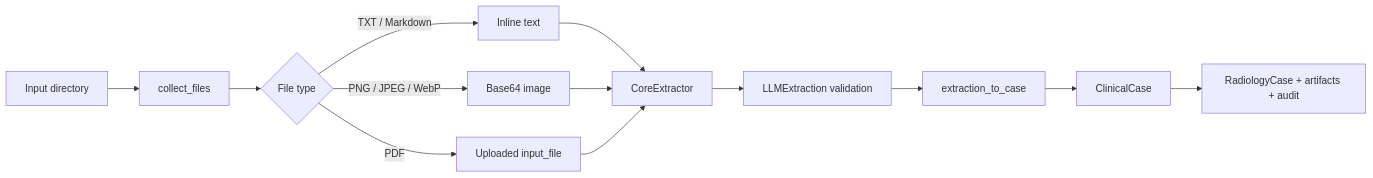
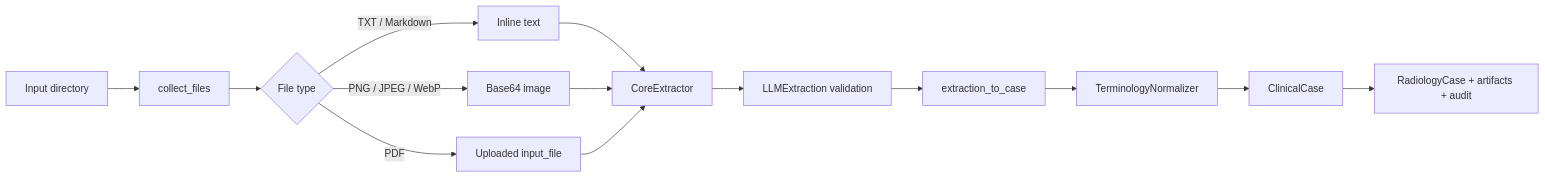
Before and after one commit to Thibescobar/bulkinout: the diagram in docs/core.md, drawn with Mermaid. The commit also changed other lines of this file and 39 other files, not shown here.

````diff
--- a/docs/core.md
+++ b/docs/core.md
@@ -7,15 +7,16 @@
 ```mermaid
 flowchart LR
     A[Input directory] --> B[collect_files]
     B --> C{File type}
     C -- TXT / Markdown --> D[Inline text]
     C -- PNG / JPEG / WebP --> E[Base64 image]
     C -- PDF --> F[Uploaded input_file]
     D --> G[CoreExtractor]
     E --> G
     F --> G
     G --> H[LLMExtraction validation]
     H --> I[extraction_to_case]
-    I --> J[ClinicalCase]
+    I --> N[TerminologyNormalizer]
+    N --> J[ClinicalCase]
     J --> K[RadiologyCase + artifacts + audit]
 ```
````
